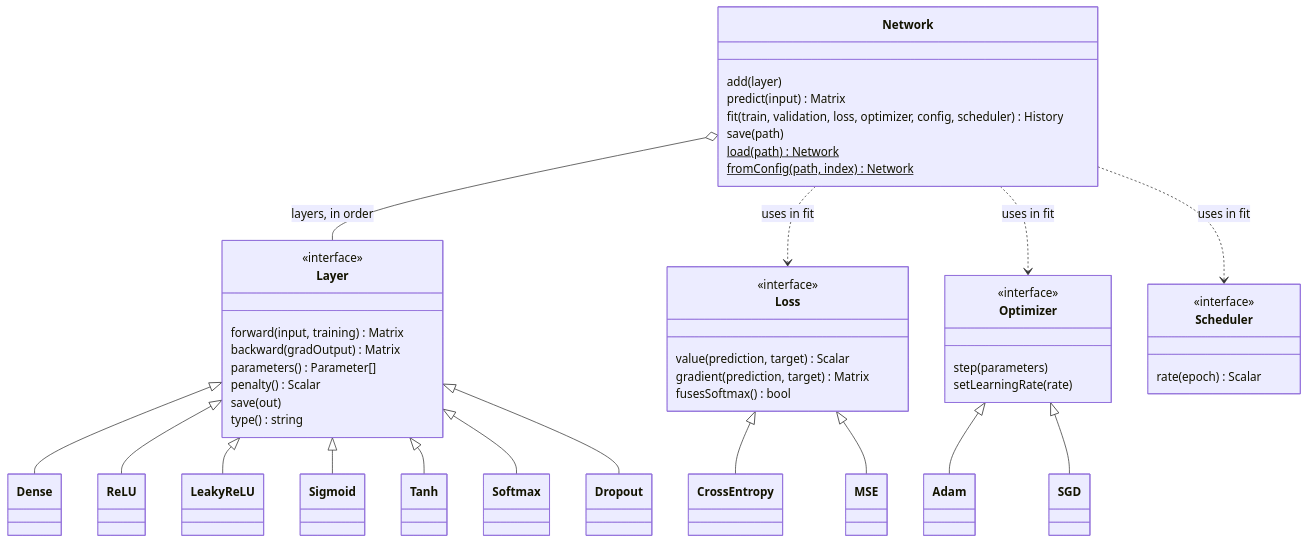
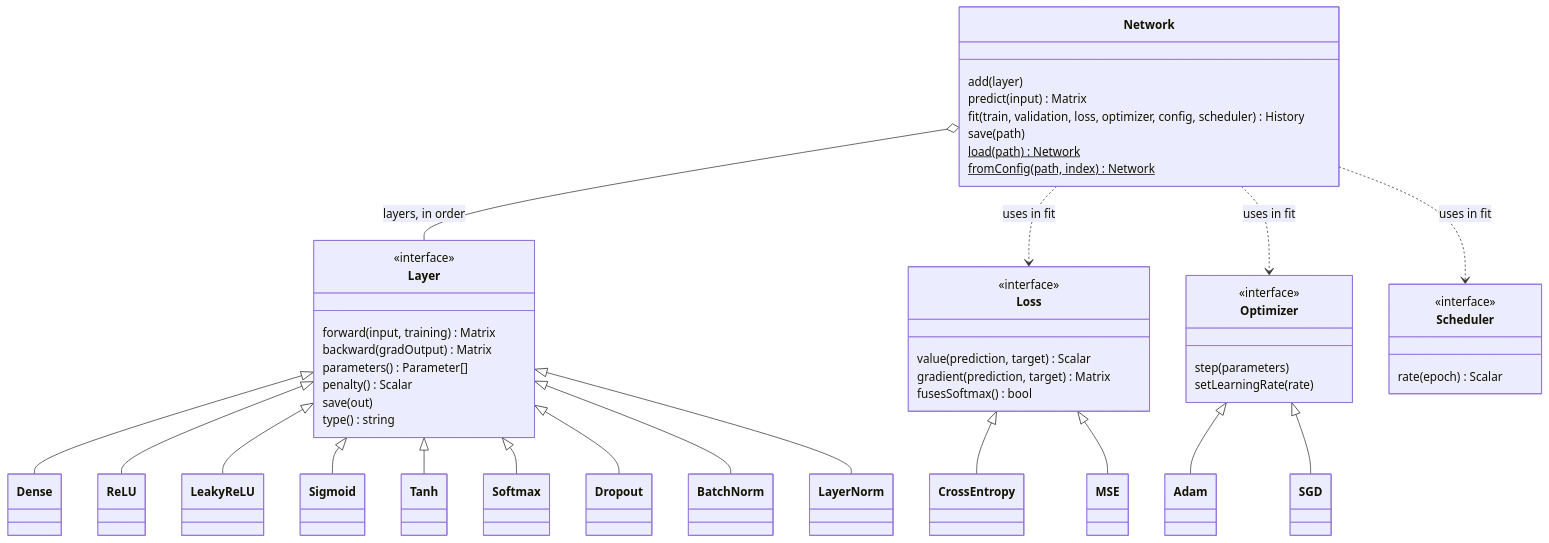
Before and after one commit to Ridwane777/mytorch: the second of 5 diagrams in docs/architecture.md, drawn with Mermaid. The commit also changed other lines of this file and 28 other files, not shown here.

````diff
--- a/docs/architecture.md
+++ b/docs/architecture.md
@@ -68,50 +68,52 @@
 ```mermaid
 classDiagram
     class Layer {
         <<interface>>
         forward(input, training) Matrix
         backward(gradOutput) Matrix
         parameters() Parameter[]
         penalty() Scalar
         save(out)
         type() string
     }
     class Loss {
         <<interface>>
         value(prediction, target) Scalar
         gradient(prediction, target) Matrix
         fusesSoftmax() bool
     }
     class Optimizer {
         <<interface>>
         step(parameters)
         setLearningRate(rate)
     }
     class Scheduler {
         <<interface>>
         rate(epoch) Scalar
     }
     class Network {
         add(layer)
         predict(input) Matrix
         fit(train, validation, loss, optimizer, config, scheduler) History
         save(path)
         load(path)$ Network
         fromConfig(path, index)$ Network
     }
     Layer <|-- Dense
     Layer <|-- ReLU
     Layer <|-- LeakyReLU
     Layer <|-- Sigmoid
     Layer <|-- Tanh
     Layer <|-- Softmax
     Layer <|-- Dropout
+    Layer <|-- BatchNorm
+    Layer <|-- LayerNorm
     Loss <|-- CrossEntropy
     Loss <|-- MSE
     Optimizer <|-- Adam
     Optimizer <|-- SGD
     Network o-- Layer : layers, in order
     Network ..> Loss : uses in fit
     Network ..> Optimizer : uses in fit
     Network ..> Scheduler : uses in fit
 ```
````
